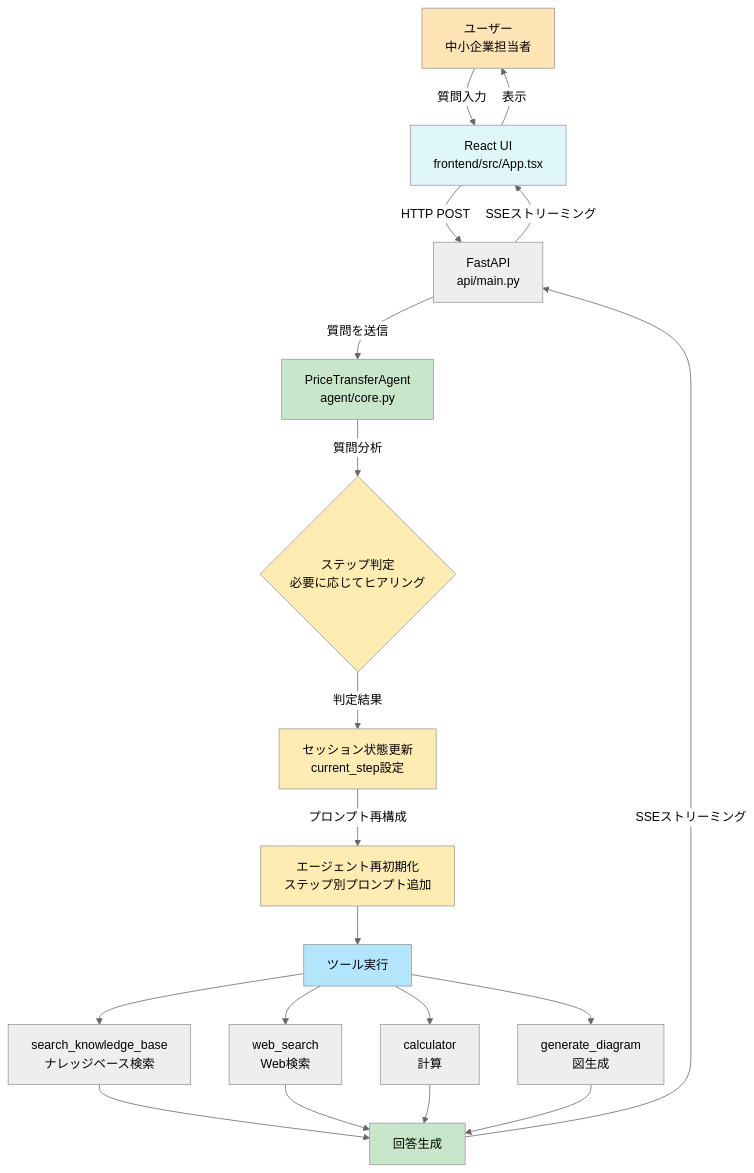
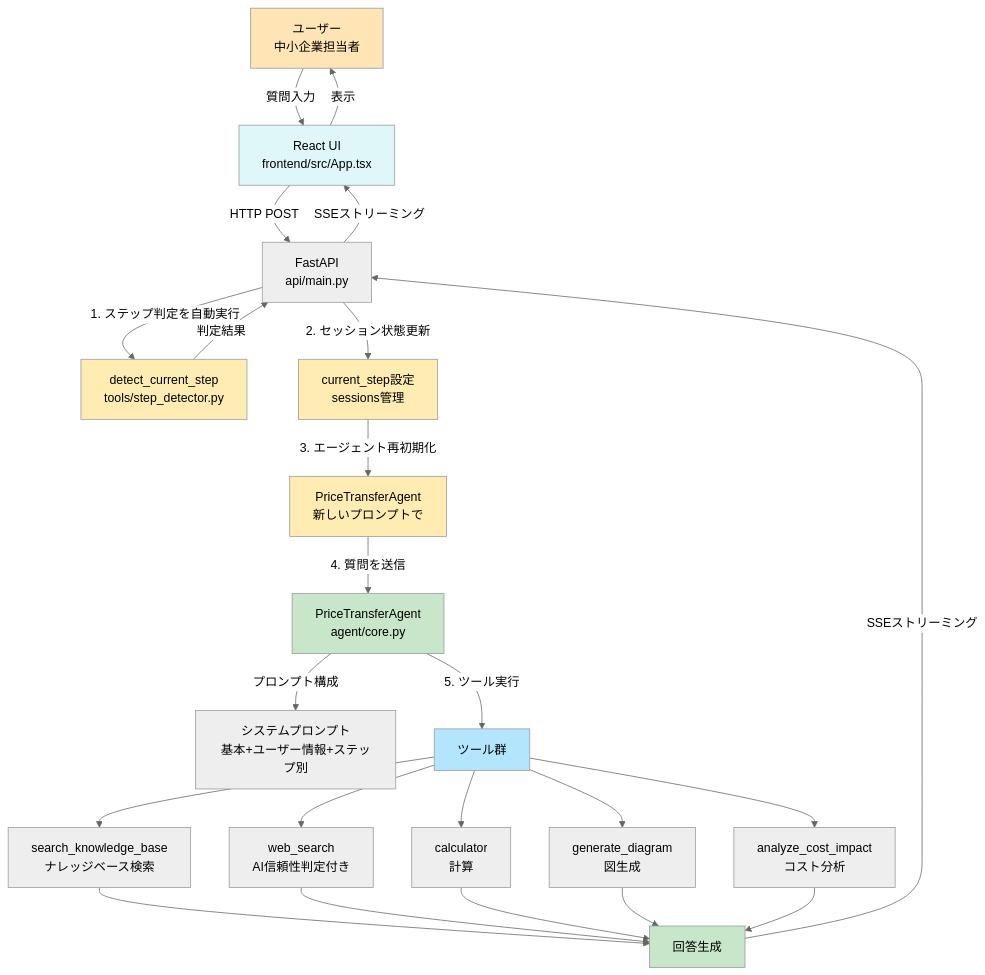
Before and after one commit to riku-to-koba/SME-Agency-Price-Transfer-Support-AI: the first of 8 diagrams in docs/ARCHITECTURE.md, drawn with Mermaid (neutral theme). The commit also changed other lines of this file and 1 other file, not shown here.

````diff
--- a/docs/ARCHITECTURE.md
+++ b/docs/ARCHITECTURE.md
@@ -5,35 +5,41 @@
 ```mermaid
 graph TB
     User[ユーザー<br/>中小企業担当者] -->|質問入力| UI[React UI<br/>frontend/src/App.tsx]
     UI -->|HTTP POST| API[FastAPI<br/>api/main.py]
-    API -->|質問を送信| Agent[PriceTransferAgent<br/>agent/core.py]
 
-    Agent -->|質問分析| Detect{ステップ判定<br/>必要に応じてヒアリング}
-    Detect -->|判定結果| Update[セッション状態更新<br/>current_step設定]
-    Update -->|プロンプト再構成| Reload[エージェント再初期化<br/>ステップ別プロンプト追加]
+    API -->|1. ステップ判定を自動実行| Detect[detect_current_step<br/>tools/step_detector.py]
+    Detect -->|判定結果| API
 
-    Reload --> Tools[ツール実行]
+    API -->|2. セッション状態更新| Update[current_step設定<br/>sessions管理]
+    Update -->|3. エージェント再初期化| Reload[PriceTransferAgent<br/>新しいプロンプトで]
+
+    Reload -->|4. 質問を送信| Agent[PriceTransferAgent<br/>agent/core.py]
+    Agent -->|プロンプト構成| Prompt[システムプロンプト<br/>基本+ユーザー情報+ステップ別]
+
+    Agent -->|5. ツール実行| Tools[ツール群]
 
     Tools --> KB[search_knowledge_base<br/>ナレッジベース検索]
-    Tools --> Web[web_search<br/>Web検索]
+    Tools --> Web[web_search<br/>AI信頼性判定付き]
     Tools --> Calc[calculator<br/>計算]
     Tools --> Diagram[generate_diagram<br/>図生成]
+    Tools --> Cost[analyze_cost_impact<br/>コスト分析]
 
     KB --> Response[回答生成]
     Web --> Response
     Calc --> Response
     Diagram --> Response
+    Cost --> Response
 
     Response -->|SSEストリーミング| API
     API -->|SSEストリーミング| UI
     UI -->|表示| User
 
     style User fill:#FFE4B5
     style UI fill:#E0F7FA
     style Agent fill:#C8E6C9
     style Detect fill:#FFECB3
     style Update fill:#FFECB3
     style Reload fill:#FFECB3
     style Tools fill:#B3E5FC
     style Response fill:#C8E6C9
 ```
````
